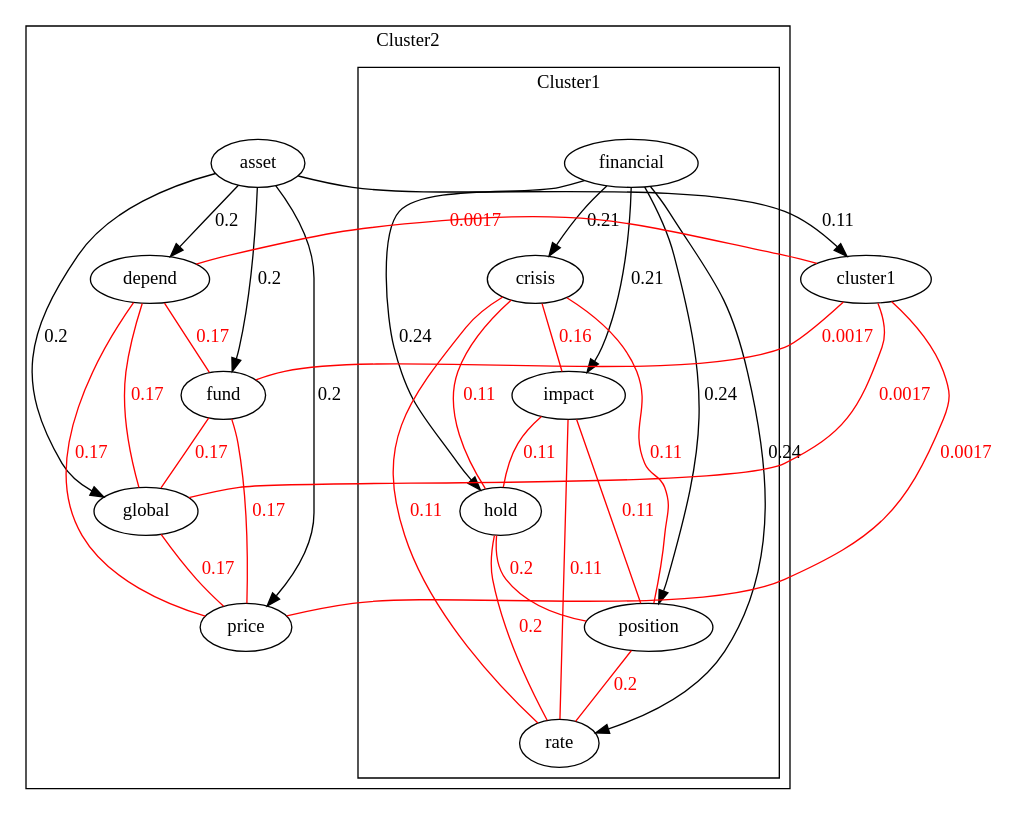
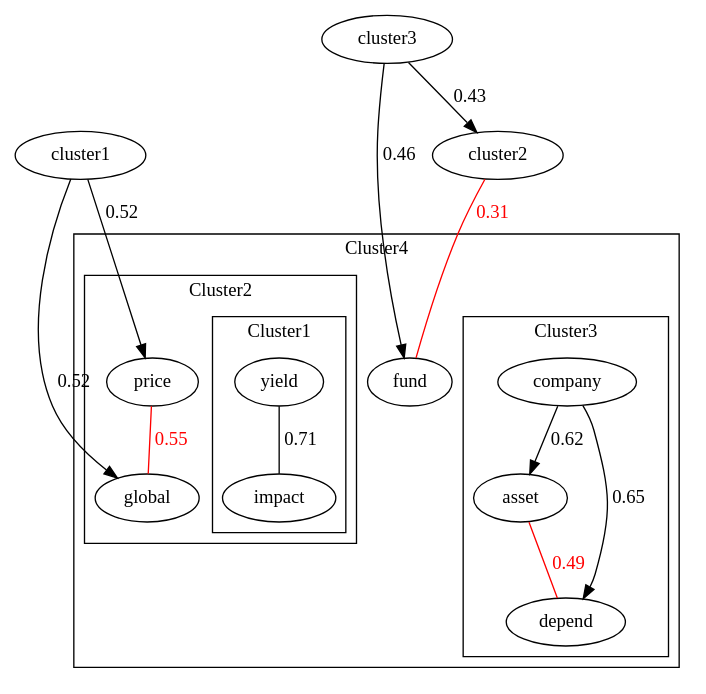
The diagram in Hgraph.dot (Achikumarasinghe/research), drawn with Graphviz before and after one commit. The commit also changed 4 other files, not shown here.

```diff
--- a/Hgraph.dot
+++ b/Hgraph.dot
@@ -1,40 +1,28 @@
 graph G {
 graph [shape="ellipse"];
+subgraph cluster4 {
+fund
+subgraph cluster3 {
+company -- asset [label=0.62,dir=forward];
+company -- depend [label=0.65,dir=forward];
+label=Cluster3
+}
 subgraph cluster2 {
-asset
-asset -- depend [label=0.2,dir=forward];
-asset -- fund [label=0.2,dir=forward];
-asset -- global [label=0.2,dir=forward];
-asset -- price [label=0.2,dir=forward];
+price
+global
 subgraph cluster1 {
-financial -- crisis [label=0.21,dir=forward];
-financial -- impact [label=0.21,dir=forward];
-financial -- hold [label=0.24,dir=forward];
-financial -- position [label=0.24,dir=forward];
-financial -- rate [label=0.24,dir=forward];
+yield -- impact [label=0.71];
 label=Cluster1
 }
 label=Cluster2
 }
-asset -- cluster1 [label=0.11,dir=forward];
-crisis--impact[label=0.16,color=red,fontcolor=red];
-crisis--hold[label=0.11,color=red,fontcolor=red];
-crisis--position[label=0.11,color=red,fontcolor=red];
-crisis--rate[label=0.11,color=red,fontcolor=red];
-impact--hold[label=0.11,color=red,fontcolor=red];
-impact--position[label=0.11,color=red,fontcolor=red];
-impact--rate[label=0.11,color=red,fontcolor=red];
-hold--position[label=0.2,color=red,fontcolor=red];
-hold--rate[label=0.2,color=red,fontcolor=red];
-position--rate[label=0.2,color=red,fontcolor=red];
-cluster1--depend[label=0.0017,color=red,fontcolor=red];
-cluster1--fund[label=0.0017,color=red,fontcolor=red];
-cluster1--global[label=0.0017,color=red,fontcolor=red];
-cluster1--price[label=0.0017,color=red,fontcolor=red];
-depend--fund[label=0.17,color=red,fontcolor=red];
-depend--global[label=0.17,color=red,fontcolor=red];
-depend--price[label=0.17,color=red,fontcolor=red];
-fund--global[label=0.17,color=red,fontcolor=red];
-fund--price[label=0.17,color=red,fontcolor=red];
-global--price[label=0.17,color=red,fontcolor=red];
+label=Cluster4
 }
+cluster3 -- cluster2 [label=0.43,dir=forward];
+cluster3 -- fund [label=0.46,dir=forward];
+cluster1 -- price [label=0.52,dir=forward];
+cluster1 -- global [label=0.52,dir=forward];
+price--global[label=0.55,color=red,fontcolor=red];
+asset--depend[label=0.49,color=red,fontcolor=red];
+cluster2--fund[label=0.31,color=red,fontcolor=red];
+}
```
